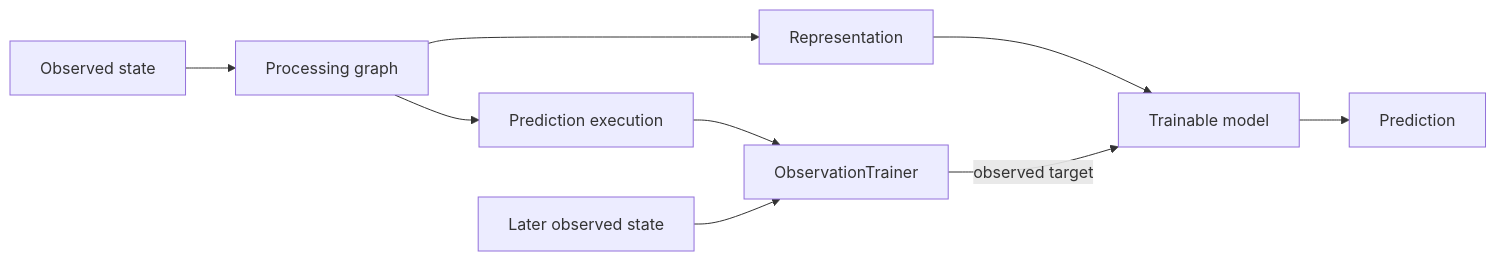
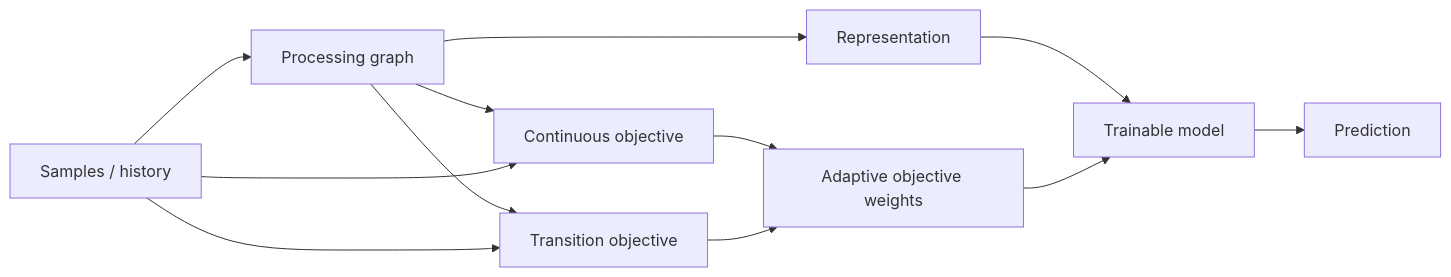
Before and after one commit to skasti/skyn-vaettr: the third of 7 diagrams in docs/expectations.md, drawn with Mermaid. The commit also changed other lines of this file, not shown here.

Commit message:
Document adaptive multi-objective self-supervision

````diff
--- a/docs/expectations.md
+++ b/docs/expectations.md
@@ -55,11 +58,16 @@
 ```mermaid
 flowchart LR
-    O1[Observed state] --> G[Processing graph]
+    S[Samples / history] --> G[Processing graph]
     G --> R[Representation]
     R --> M[Trainable model]
     M --> P[Prediction]
-    G --> X[Prediction execution]
-    X --> OT[ObservationTrainer]
-    O2[Later observed state] --> OT
-    OT -->|observed target| M
+
+    G --> C[Continuous objective]
+    G --> T[Transition objective]
+    S --> C
+    S --> T
+
+    C --> W[Adaptive objective weights]
+    T --> W
+    W --> M
 ```
````
